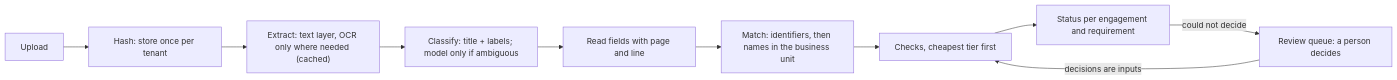
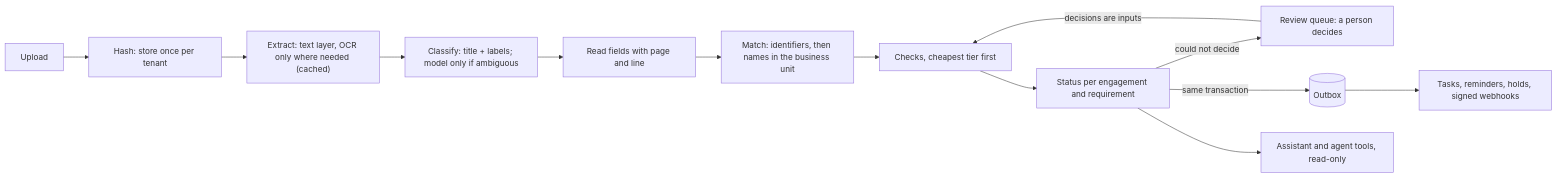
Before and after one commit to gandhiashutosh14/testamur: the diagram in README.md, drawn with Mermaid. The commit also changed other lines of this file and 5 other files, not shown here.

````diff
--- a/README.md
+++ b/README.md
@@ -47,12 +99,15 @@
 ```mermaid
 flowchart LR
     A["Upload"] --> B["Hash: store once per tenant"]
     B --> C["Extract: text layer, OCR only where needed (cached)"]
     C --> D["Classify: title + labels; model only if ambiguous"]
     D --> E["Read fields with page and line"]
     E --> F["Match: identifiers, then names in the business unit"]
     F --> G["Checks, cheapest tier first"]
     G --> H["Status per engagement and requirement"]
     H -->|"could not decide"| Q["Review queue: a person decides"]
     Q -->|"decisions are inputs"| G
+    H -->|"same transaction"| O[("Outbox")]
+    O --> W["Tasks, reminders, holds, signed webhooks"]
+    H --> S["Assistant and agent tools, read-only"]
 ```
````
